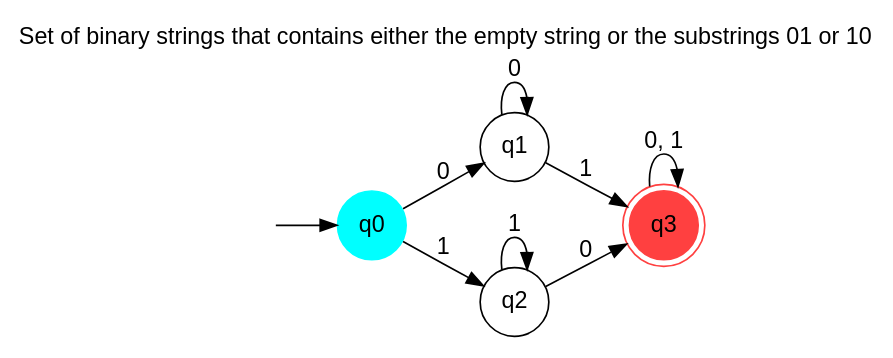
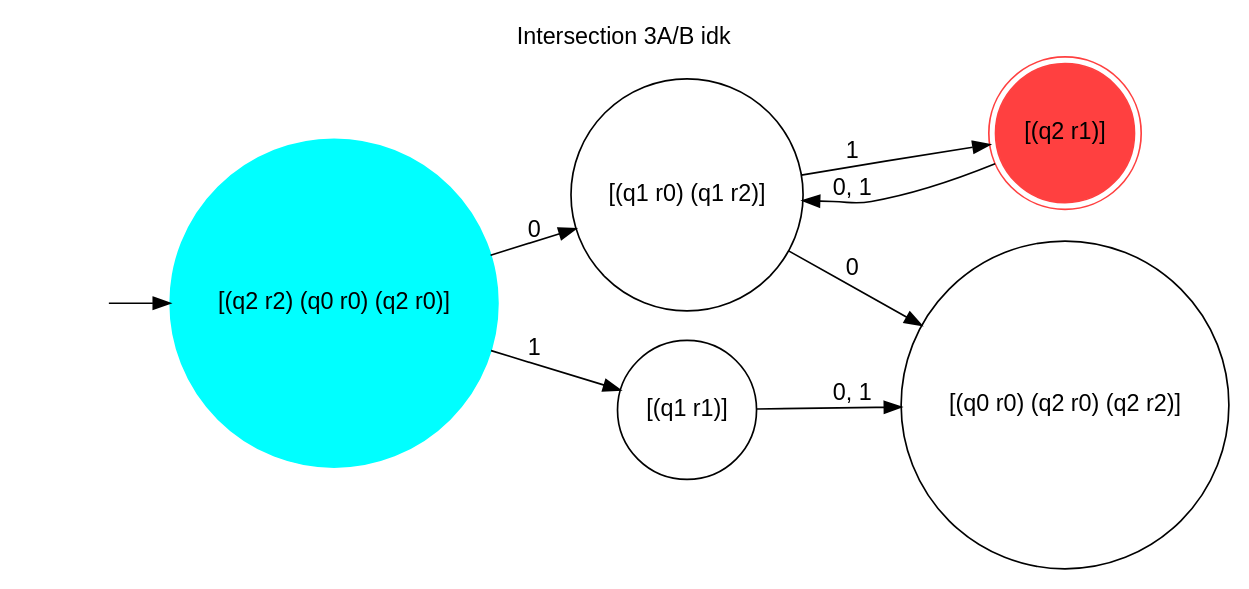
One commit to 01001111o1/CMSC141 changed the diagram in test.dot. Above: the diagram before and after it, drawn with Graphviz. The commit also changed other lines of this file and 3 other files, not shown here.

```diff
--- a/test.dot
+++ b/test.dot
@@ -1,138 +1,164 @@
 /*digraph item_2b_NOTCOMPLEMENT {
 	label = "Item 2b Not Complement";
 	labelloc = top;
 	labeljust = center;
 	fontname="Helvetica,Arial,sans-serif"
 	node [fontname="Helvetica,Arial,sans-serif"]
 	edge [fontname="Helvetica,Arial,sans-serif"]
 	rankdir=LR;
 	
 	"" [shape = none]
 	
 	node [shape = doublecircle]; q2;
 	q2 [style="rounded,filled" color = brown1];
 
 	node [shape = circle];
     q0 [style="rounded,filled" color = aqua]; 
 	
     "" -> q0
 	q0 -> q1 [label = "0"];
 	q0 -> q0 [label = "1"];
 	q1 -> q2 [label = "0"];
 	q1 -> q1 [label = "1"];
 	q2 -> q3 [label = "0"];
 	q2 -> q2 [label = "1"];
 	q3 -> q3 [label = "0, 1"];
 
 }*/
 
 /*digraph item_2b_COMPLEMENT {
 	label = "Item 2B Complement";
 	labelloc = top;
 	labeljust = center;
 	fontname="Helvetica,Arial,sans-serif"
 	node [fontname="Helvetica,Arial,sans-serif"]
 	edge [fontname="Helvetica,Arial,sans-serif"]
 	rankdir=LR;
 	
 	"" [shape = none]
 	
 	node [shape = doublecircle]; q0 q1 q3;
 	q0 [style="rounded,filled" color = brown1];
 	q1 [style="rounded,filled" color = brown1];
 	q3 [style="rounded,filled" color = brown1];
 	
 	node [shape = circle];
 
     "" -> q0
 	q0 -> q1 [label = "0"];
 	q0 -> q0 [label = "1"];
 	q1 -> q2 [label = "0"];
 	q1 -> q1 [label = "1"];
 	q2 -> q3 [label = "0"];
 	q2 -> q2 [label = "1"];
 	q3 -> q3 [label = "0, 1"];
 }*/
 
 /*digraph item_2a_COMPLEMENT {
 	label = "Set of binary strings that contain neither the substrings 01 nor 10";
 	labelloc = top;
 	labeljust = center;
 	fontname="Helvetica,Arial,sans-serif"
 	node [fontname="Helvetica,Arial,sans-serif"]
 	edge [fontname="Helvetica,Arial,sans-serif"]
 	rankdir=LR;
 	
 	"" [shape = none]
 	
 	node [shape = doublecircle]; q0 q1 q2;
 	q0 [style="rounded,filled" color = brown1];
 	q1 [style="rounded,filled" color = brown1];
 	q2 [style="rounded,filled" color = brown1];
 
 	node [shape = circle];
 
     "" -> q0
 	q0 -> q1 [label = "0"];
 	q0 -> q2 [label = "1"];
 	q1 -> q1 [label = "0"];
 	q1 -> q3 [label = "1"];
 	q2 -> q3 [label = "0"];
 	q2 -> q2 [label = "1"];
 	q3 -> q3 [label = "0, 1"];
 }*/
 
 /*digraph item_2a_COMPLEMENT {
 	label = "Set of binary strings that contains either the empty string or the substrings 01 or 10";
 	labelloc = top;
 	labeljust = center;
 	fontname="Helvetica,Arial,sans-serif"
 	node [fontname="Helvetica,Arial,sans-serif"]
 	edge [fontname="Helvetica,Arial,sans-serif"]
 	rankdir=LR;
 	
 	"" [shape = none]
 	
 	node [shape = doublecircle]; q3;
 	q3 [style="rounded,filled" color = brown1];
 
 	node [shape = circle];
     q0 [style="rounded,filled" color = aqua]; 
 
     "" -> q0
 	q0 -> q1 [label = "0"];
 	q0 -> q2 [label = "1"];
 	q1 -> q1 [label = "0"];
 	q1 -> q3 [label = "1"];
 	q2 -> q3 [label = "0"];
 	q2 -> q2 [label = "1"];
 	q3 -> q3 [label = "0, 1"];
 }
 */
 
-digraph item_2a_COMPLEMENT {
+/*digraph item_2a_COMPLEMENT {
 	label = "Set of binary strings that contains either the empty string or the substrings 01 or 10";
 	labelloc = top;
 	labeljust = center;
 	fontname="Helvetica,Arial,sans-serif"
 	node [fontname="Helvetica,Arial,sans-serif"]
 	edge [fontname="Helvetica,Arial,sans-serif"]
 	rankdir=LR;
 	
 	"" [shape = none]
 	
 	node [shape = doublecircle]; q3;
 	q3 [style="rounded,filled" color = brown1];
 
 	node [shape = circle];
     q0 [style="rounded,filled" color = aqua]; 
 
     "" -> q0
 	q0 -> q1 [label = "0"];
 	q0 -> q2 [label = "1"];
 	q1 -> q1 [label = "0"];
 	q1 -> q3 [label = "1"];
 	q2 -> q3 [label = "0"];
 	q2 -> q2 [label = "1"];
 	q3 -> q3 [label = "0, 1"];
+}*/
+
+digraph item3b {
+	label = "Intersection 3A/B idk";
+	labelloc = top;
+	labeljust = center;
+	fontname="Helvetica,Arial,sans-serif"
+	node [fontname="Helvetica,Arial,sans-serif"]
+	edge [fontname="Helvetica,Arial,sans-serif"]
+	rankdir=LR;
+	
+	"" [shape = none]
+	
+	node [shape = doublecircle]; "[(q2 r1)]";
+	"[(q2 r1)]" [style="rounded,filled" color = brown1];
+
+	node [shape = circle];
+    "[(q2 r2) (q0 r0) (q2 r0)]" [style="rounded,filled" color = aqua]; 
+
+    "" -> "[(q2 r2) (q0 r0) (q2 r0)]"
+	"[(q2 r2) (q0 r0) (q2 r0)]" -> "[(q1 r0) (q1 r2)]" [label = "0"];
+	"[(q2 r2) (q0 r0) (q2 r0)]" -> "[(q1 r1)]" [label = "1"];
+	"[(q1 r1)]" -> "[(q0 r0) (q2 r0) (q2 r2)]" [label = "0, 1"];
+	"[(q1 r0) (q1 r2)]" -> "[(q0 r0) (q2 r0) (q2 r2)]" [label = "0"];
+	"[(q1 r0) (q1 r2)]" -> "[(q2 r1)]" [label = "1"];
+	"[(q2 r1)]" -> "[(q1 r0) (q1 r2)]" [label = "0, 1"];
 }
```
